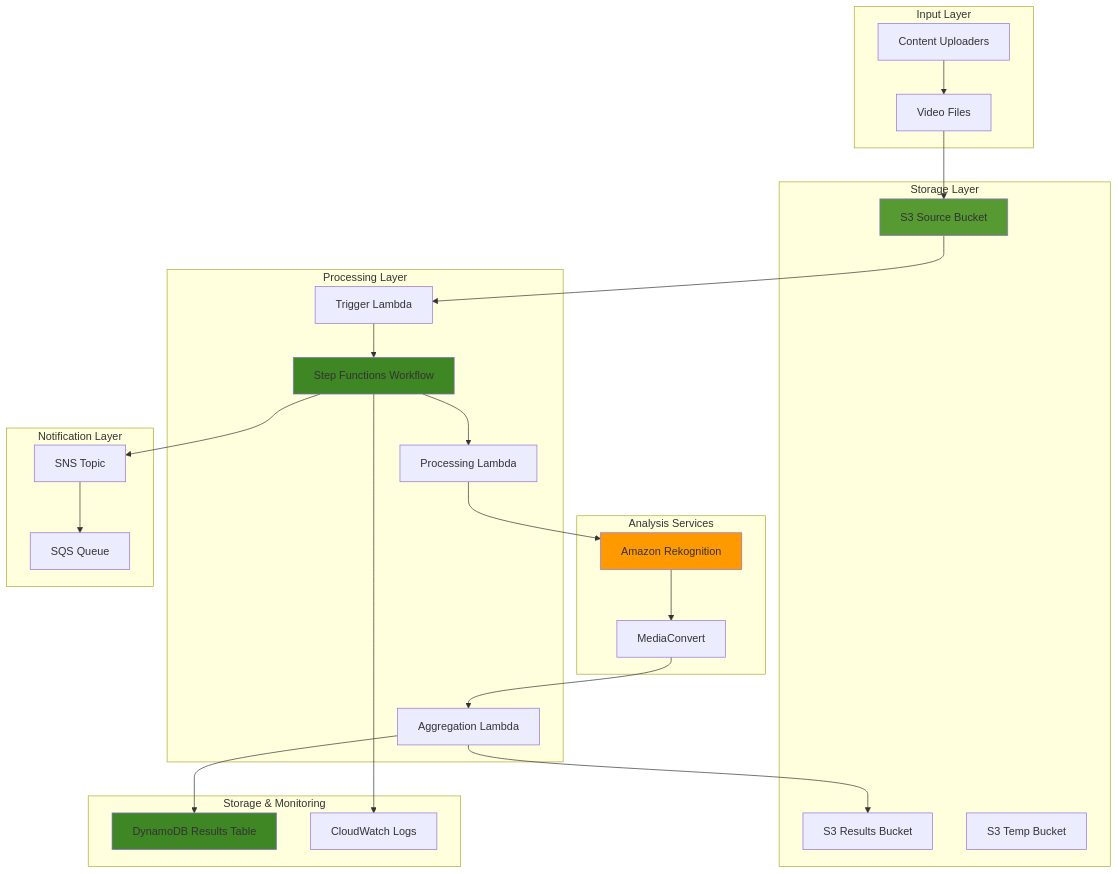
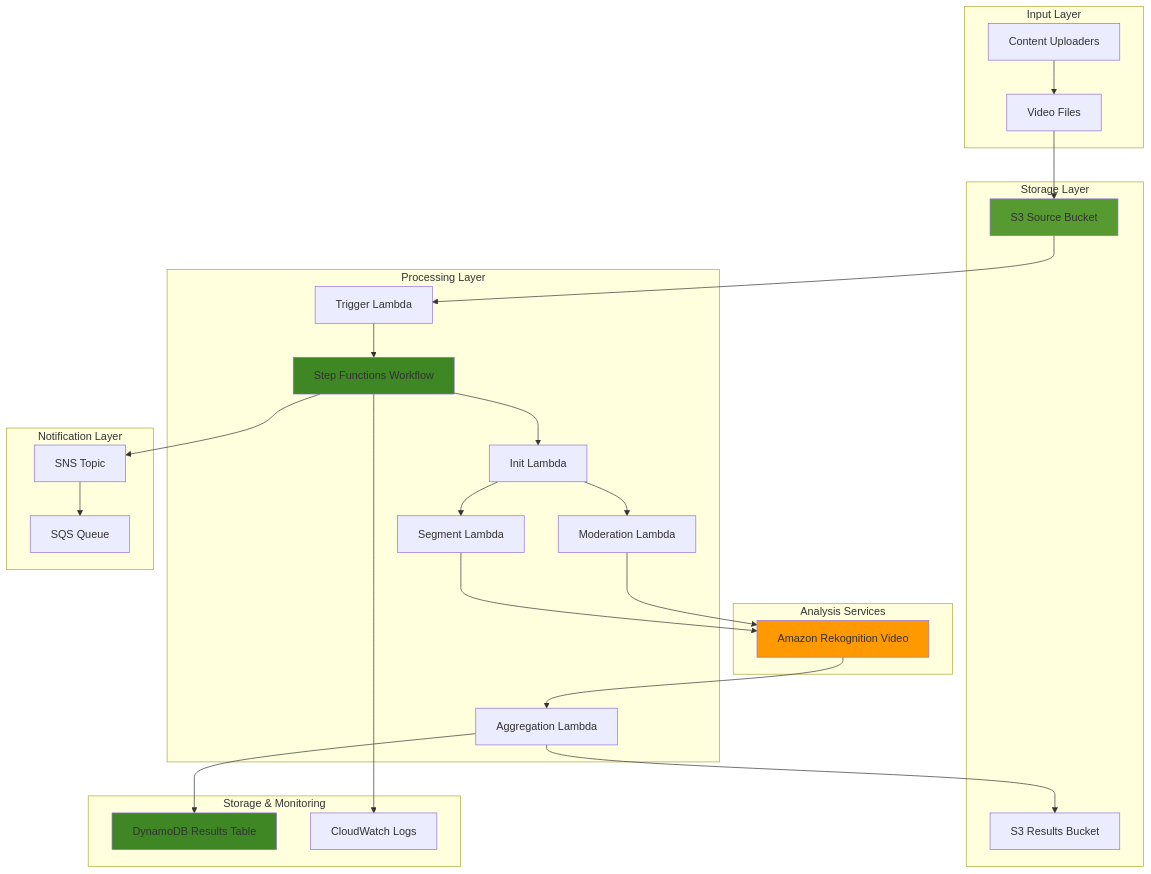
One commit to mzazon/awesome-cloud-projects changed the diagram in aws/video-content-analysis-rekognition/video-content-analysis-rekognition.md. Above: the diagram before and after it, drawn with Mermaid. The commit also changed other lines of this file and 5581 other files, not shown here.

````diff
--- a/aws/video-content-analysis-rekognition/video-content-analysis-rekognition.md
+++ b/aws/video-content-analysis-rekognition/video-content-analysis-rekognition.md
@@ -30,54 +30,56 @@
 ```mermaid
 graph TB
     subgraph "Input Layer"
         USER[Content Uploaders]
         VIDEO[Video Files]
     end
     
     subgraph "Storage Layer"
         S3_SOURCE[S3 Source Bucket]
         S3_RESULTS[S3 Results Bucket]
-        S3_TEMP[S3 Temp Bucket]
     end
     
     subgraph "Processing Layer"
         SF[Step Functions Workflow]
         LAMBDA_TRIGGER[Trigger Lambda]
-        LAMBDA_PROCESS[Processing Lambda]
-        LAMBDA_AGGREGATE[Aggregation Lambda]
+        LAMBDA_INIT[Init Lambda]
+        LAMBDA_MOD[Moderation Lambda]
+        LAMBDA_SEG[Segment Lambda]
+        LAMBDA_AGG[Aggregation Lambda]
     end
     
     subgraph "Analysis Services"
-        REKOGNITION[Amazon Rekognition]
-        MEDIACONVERT[MediaConvert]
+        REKOGNITION[Amazon Rekognition Video]
     end
     
     subgraph "Notification Layer"
         SNS[SNS Topic]
         SQS[SQS Queue]
     end
     
     subgraph "Storage & Monitoring"
         DYNAMODB[DynamoDB Results Table]
         CLOUDWATCH[CloudWatch Logs]
     end
     
     USER-->VIDEO
     VIDEO-->S3_SOURCE
     S3_SOURCE-->LAMBDA_TRIGGER
     LAMBDA_TRIGGER-->SF
-    SF-->LAMBDA_PROCESS
-    LAMBDA_PROCESS-->REKOGNITION
-    REKOGNITION-->MEDIACONVERT
-    MEDIACONVERT-->LAMBDA_AGGREGATE
-    LAMBDA_AGGREGATE-->DYNAMODB
-    LAMBDA_AGGREGATE-->S3_RESULTS
+    SF-->LAMBDA_INIT
+    LAMBDA_INIT-->LAMBDA_MOD
+    LAMBDA_INIT-->LAMBDA_SEG
+    LAMBDA_MOD-->REKOGNITION
+    LAMBDA_SEG-->REKOGNITION
+    REKOGNITION-->LAMBDA_AGG
+    LAMBDA_AGG-->DYNAMODB
+    LAMBDA_AGG-->S3_RESULTS
     SF-->SNS
     SNS-->SQS
     SF-->CLOUDWATCH
     
     style REKOGNITION fill:#FF9900
     style SF fill:#3F8624
     style S3_SOURCE fill:#569A31
     style DYNAMODB fill:#3F8624
 ```
````
